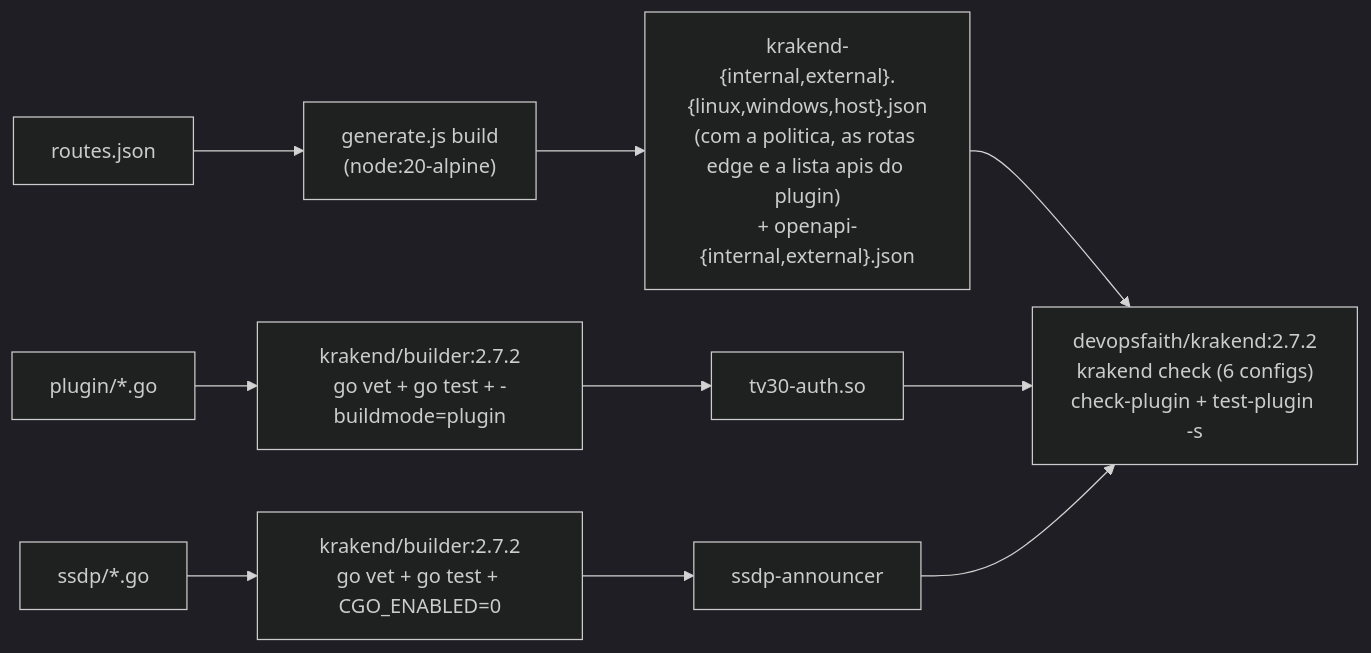
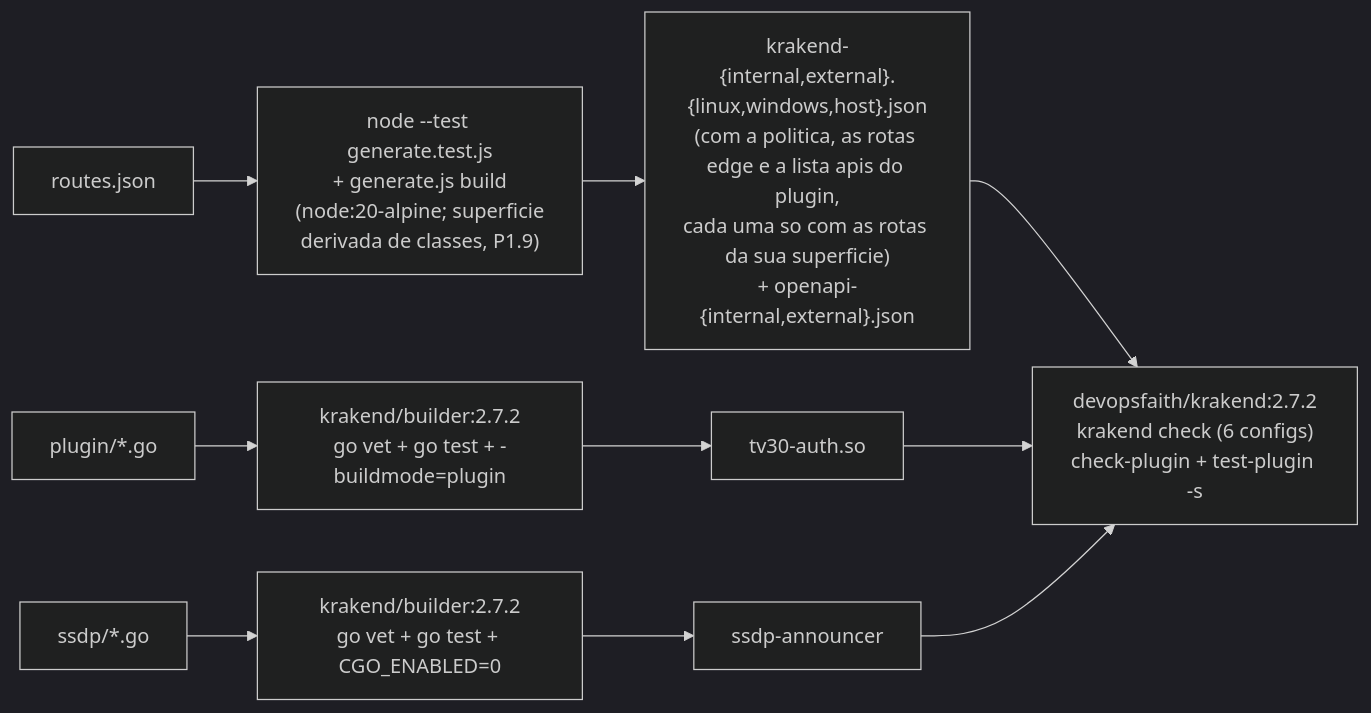
One commit to multisens/Infra changed the second of 2 diagrams in docs/04-pipeline-http.md. Above: the diagram before and after it, drawn with Mermaid (dark theme). The commit also changed other lines of this file and 3 other files, not shown here.

````diff
--- a/docs/04-pipeline-http.md
+++ b/docs/04-pipeline-http.md
@@ -54,12 +56,12 @@
 ```mermaid
 flowchart LR
-    RJ["routes.json"] --> GEN["generate.js build<br/>(node:20-alpine)"]
-    GEN --> CFG["krakend-{internal,external}.{linux,windows,host}.json<br/>(com a politica, as rotas edge e a lista apis do plugin)<br/>+ openapi-{internal,external}.json"]
+    RJ["routes.json"] --> GEN["node --test generate.test.js<br/>+ generate.js build<br/>(node:20-alpine; superficie<br/>derivada de classes, P1.9)"]
+    GEN --> CFG["krakend-{internal,external}.{linux,windows,host}.json<br/>(com a politica, as rotas edge e a lista apis do plugin,<br/>cada uma so com as rotas da sua superficie)<br/>+ openapi-{internal,external}.json"]
     SRC["plugin/*.go"] --> B["krakend/builder:2.7.2<br/>go vet + go test + -buildmode=plugin"]
     B --> SO["tv30-auth.so"]
     SSRC["ssdp/*.go"] --> SB["krakend/builder:2.7.2<br/>go vet + go test + CGO_ENABLED=0"]
     SB --> SBIN["ssdp-announcer"]
     CFG --> IMG["devopsfaith/krakend:2.7.2<br/>krakend check (6 configs)<br/>check-plugin + test-plugin -s"]
     SO --> IMG
     SBIN --> IMG
 ```
````
